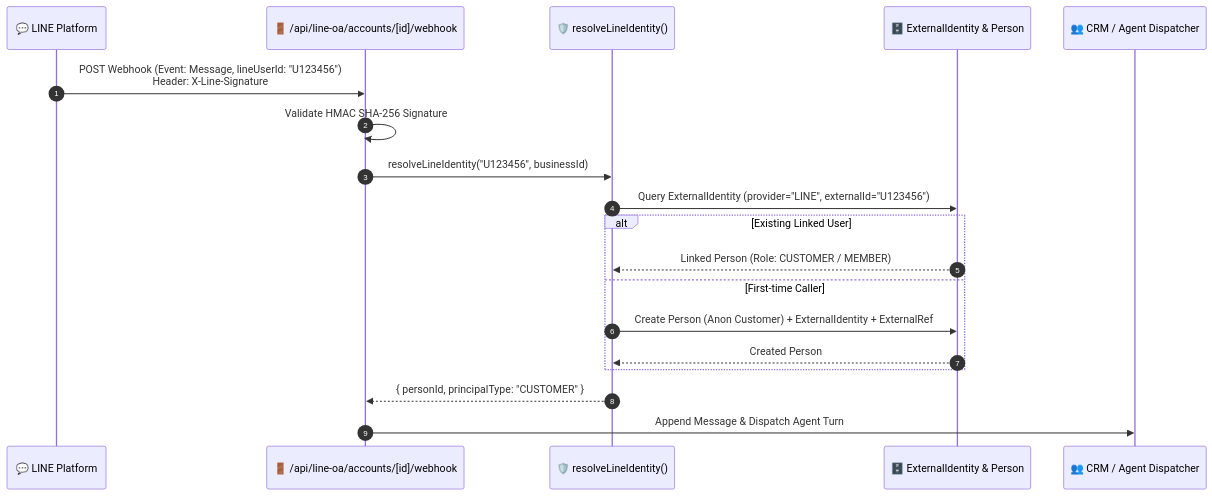
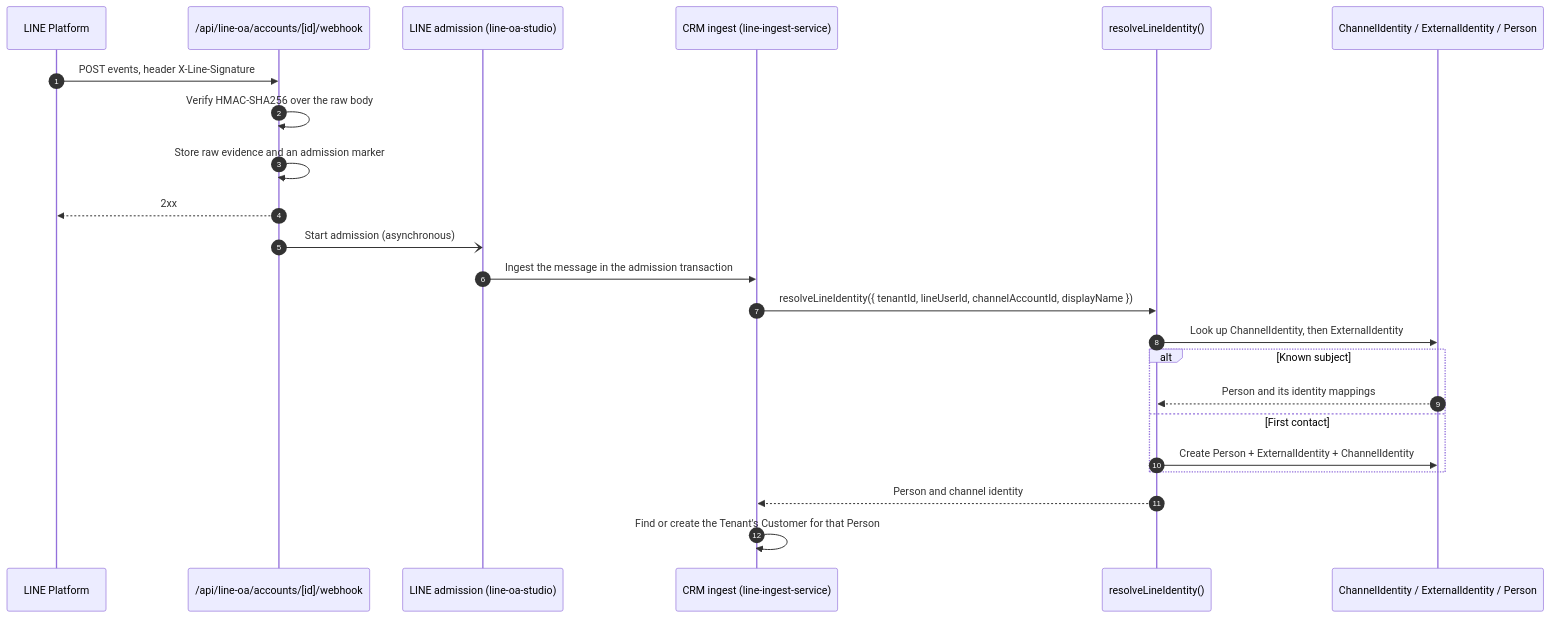
The third of 4 diagrams in docs/domains/identity/SYSTEM-DIAGRAM.md (Freshair129/zuri.ai), drawn with Mermaid before and after one commit. The commit also changed other lines of this file and 17 other files, not shown here.

````diff
--- a/docs/domains/identity/SYSTEM-DIAGRAM.md
+++ b/docs/domains/identity/SYSTEM-DIAGRAM.md
@@ -199,22 +189,26 @@
 ```mermaid
 sequenceDiagram
     autonumber
-    participant LineWebhook as 💬 LINE Platform
-    participant WebhookRoute as 🚪 /api/line-oa/accounts/[id]/webhook
-    participant LineResolver as 🛡️ resolveLineIdentity()
-    participant DB as 🗄️ ExternalIdentity & Person
-    participant CRM as 👥 CRM / Agent Dispatcher
+    participant Line as LINE Platform
+    participant Hook as /api/line-oa/accounts/[id]/webhook
+    participant Admit as LINE admission (line-oa-studio)
+    participant Ingest as CRM ingest (line-ingest-service)
+    participant Resolver as resolveLineIdentity()
+    participant DB as ChannelIdentity / ExternalIdentity / Person
 
-    LineWebhook->>WebhookRoute: POST Webhook (Event: Message, lineUserId: "U123456")<br/>Header: X-Line-Signature
-    WebhookRoute->>WebhookRoute: Validate HMAC SHA-256 Signature
-    WebhookRoute->>LineResolver: resolveLineIdentity("U123456", businessId)
-    LineResolver->>DB: Query ExternalIdentity (provider="LINE", externalId="U123456")
-    alt Existing Linked User
-        DB-->>LineResolver: Linked Person (Role: CUSTOMER / MEMBER)
-    else First-time Caller
-        LineResolver->>DB: Create Person (Anon Customer) + ExternalIdentity + ExternalRef
-        DB-->>LineResolver: Created Person
+    Line->>Hook: POST events, header X-Line-Signature
+    Hook->>Hook: Verify HMAC-SHA256 over the raw body
+    Hook->>Hook: Store raw evidence and an admission marker
+    Hook-->>Line: 2xx
+    Hook-)Admit: Start admission (asynchronous)
+    Admit->>Ingest: Ingest the message in the admission transaction
+    Ingest->>Resolver: resolveLineIdentity({ tenantId, lineUserId, channelAccountId, displayName })
+    Resolver->>DB: Look up ChannelIdentity, then ExternalIdentity
+    alt Known subject
+        DB-->>Resolver: Person and its identity mappings
+    else First contact
+        Resolver->>DB: Create Person + ExternalIdentity + ChannelIdentity
     end
-    LineResolver-->>WebhookRoute: { personId, principalType: "CUSTOMER" }
-    WebhookRoute->>CRM: Append Message & Dispatch Agent Turn
+    Resolver-->>Ingest: Person and channel identity
+    Ingest->>Ingest: Find or create the Tenant's Customer for that Person
 ```
````
